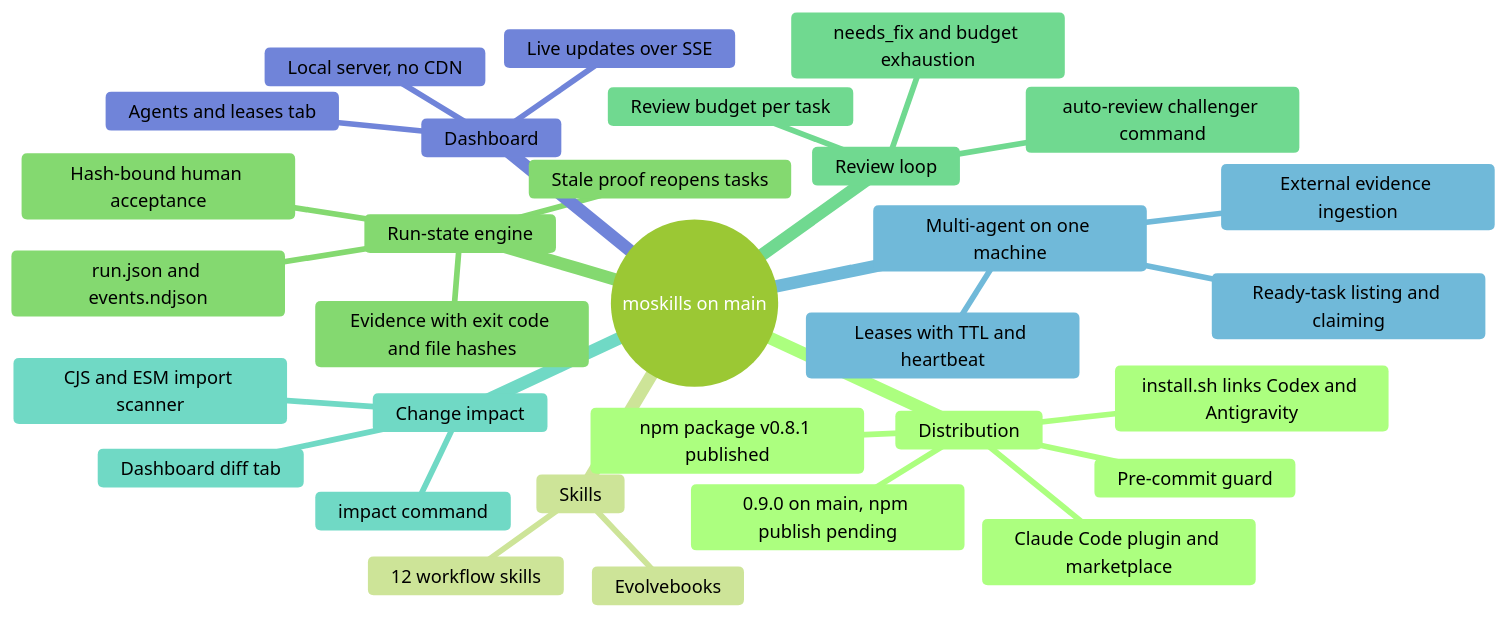
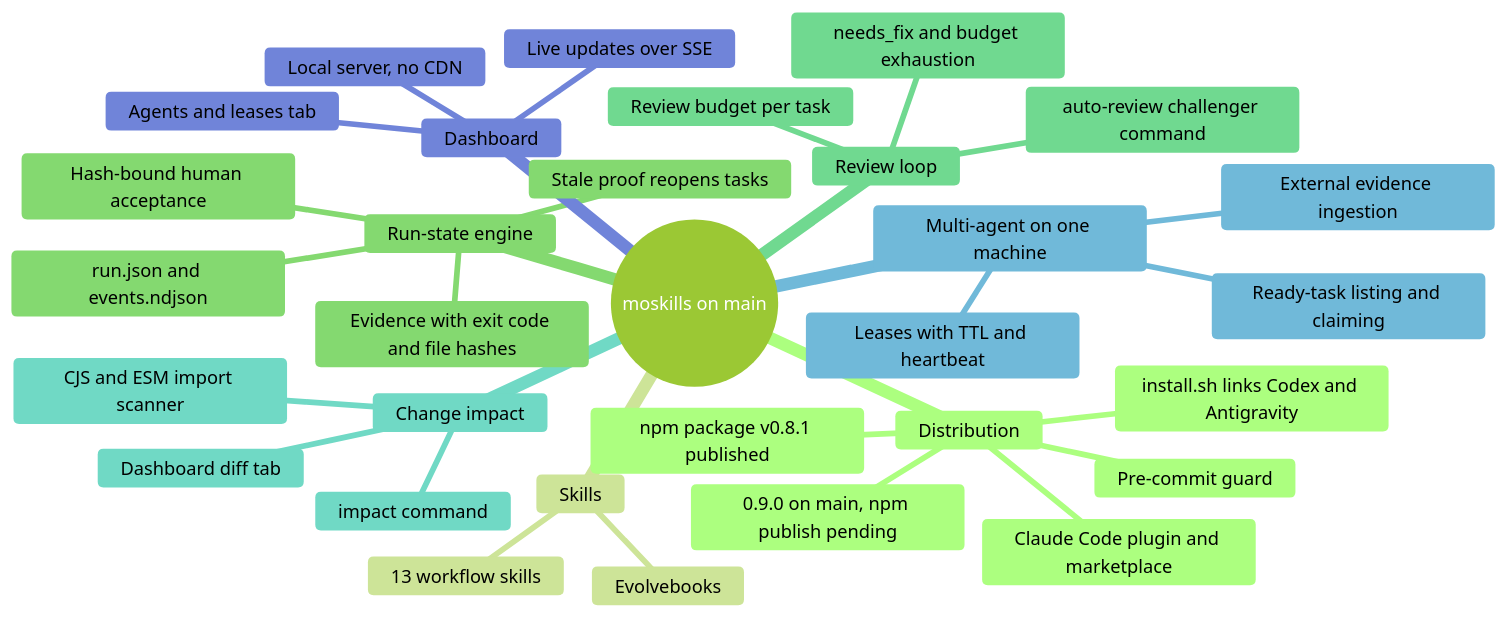
Before and after one commit to Mouad1/moskills: the first of 2 diagrams in docs/roadmap.md, drawn with Mermaid (forest theme). The commit also changed other lines of this file and 13 other files, not shown here.

````diff
--- a/docs/roadmap.md
+++ b/docs/roadmap.md
@@ -27,34 +27,34 @@
 ```mermaid
 mindmap
   root((moskills on main))
     Distribution
       npm package v0.8.1 published
       0.9.0 on main, npm publish pending
       Claude Code plugin and marketplace
       install.sh links Codex and Antigravity
       Pre-commit guard
     Skills
-      12 workflow skills
+      13 workflow skills
       Evolvebooks
     Run-state engine
       run.json and events.ndjson
       Evidence with exit code and file hashes
       Stale proof reopens tasks
       Hash-bound human acceptance
     Review loop
       Review budget per task
       needs_fix and budget exhaustion
       auto-review challenger command
     Change impact
       CJS and ESM import scanner
       impact command
       Dashboard diff tab
     Multi-agent on one machine
       Leases with TTL and heartbeat
       Ready-task listing and claiming
       External evidence ingestion
     Dashboard
       Local server, no CDN
       Live updates over SSE
       Agents and leases tab
 ```
````
